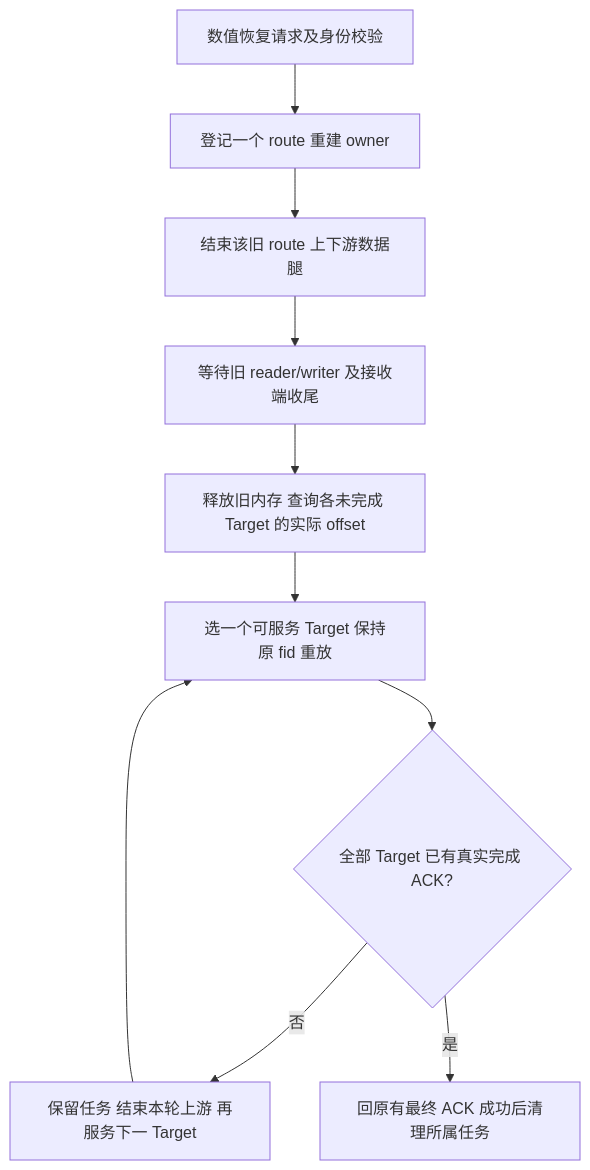
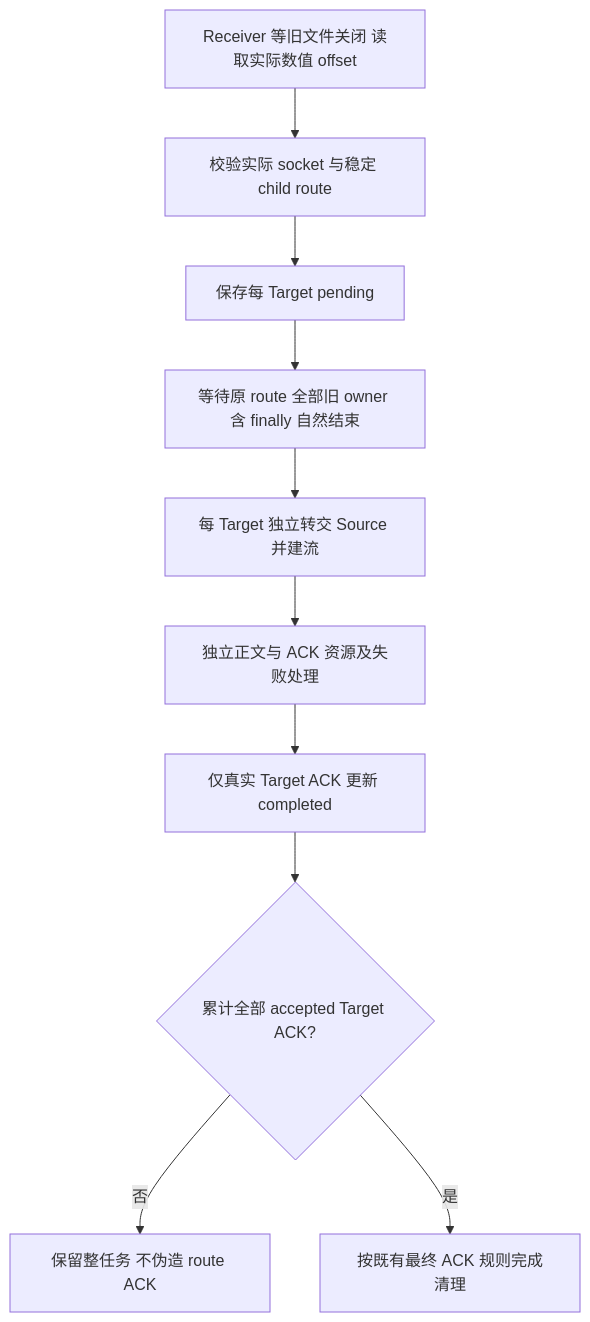
One commit to F18-Maverick/PyFlow changed the diagram in docs/plans/transfer-control-lifecycle-plan.md. Above: the diagram before and after it, drawn with Mermaid. The commit also changed other lines of this file and 11 other files, not shown here.

````diff
--- a/docs/plans/transfer-control-lifecycle-plan.md
+++ b/docs/plans/transfer-control-lifecycle-plan.md
@@ -145,12 +137,12 @@
 ```mermaid
 flowchart TD
-    A[数值恢复请求及身份校验] --> B[登记一个 route 重建 owner]
-    B --> C[结束该旧 route 上下游数据腿]
-    C --> D[等待旧 reader/writer 及接收端收尾]
-    D --> E[释放旧内存 查询各未完成 Target 的实际 offset]
-    E --> F[选一个可服务 Target 保持原 fid 重放]
-    F --> G{全部 Target 已有真实完成 ACK?}
-    G -->|否| H[保留任务 结束本轮上游 再服务下一 Target]
-    H --> F
-    G -->|是| I[回原有最终 ACK 成功后清理所属任务]
+    A[Receiver 等旧文件关闭 读取实际数值 offset] --> B[校验实际 socket 与稳定 child route]
+    B --> C[保存每 Target pending]
+    C --> D[等待原 route 全部旧 owner 含 finally 自然结束]
+    D --> E[每 Target 独立转交 Source 并建流]
+    E --> F[独立正文与 ACK 资源及失败处理]
+    F --> G[仅真实 Target ACK 更新 completed]
+    G --> H{累计全部 accepted Target ACK?}
+    H -->|否| I[保留整任务 不伪造 route ACK]
+    H -->|是| J[按既有最终 ACK 规则完成清理]
 ```
````
